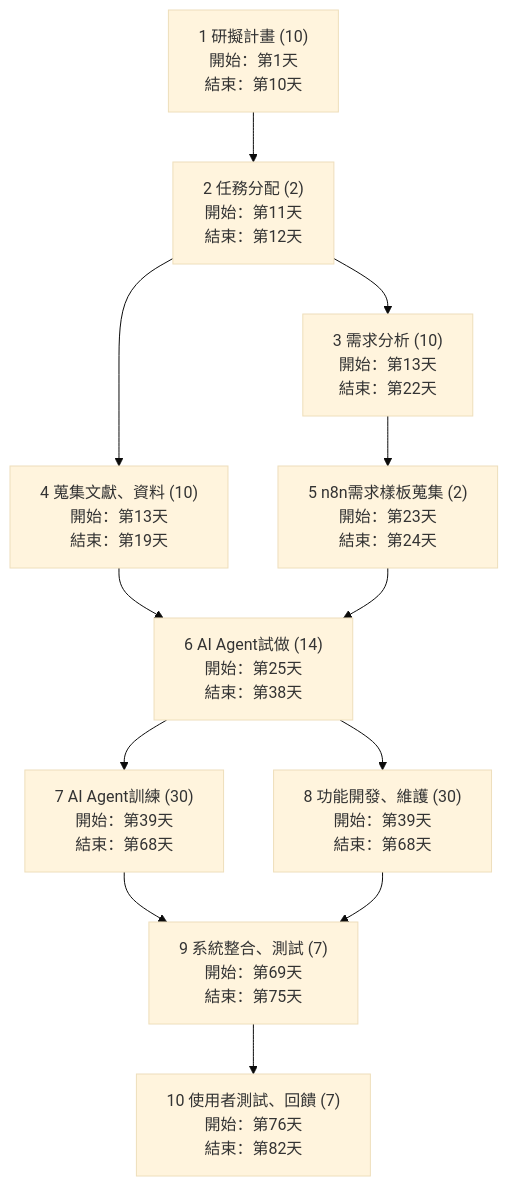
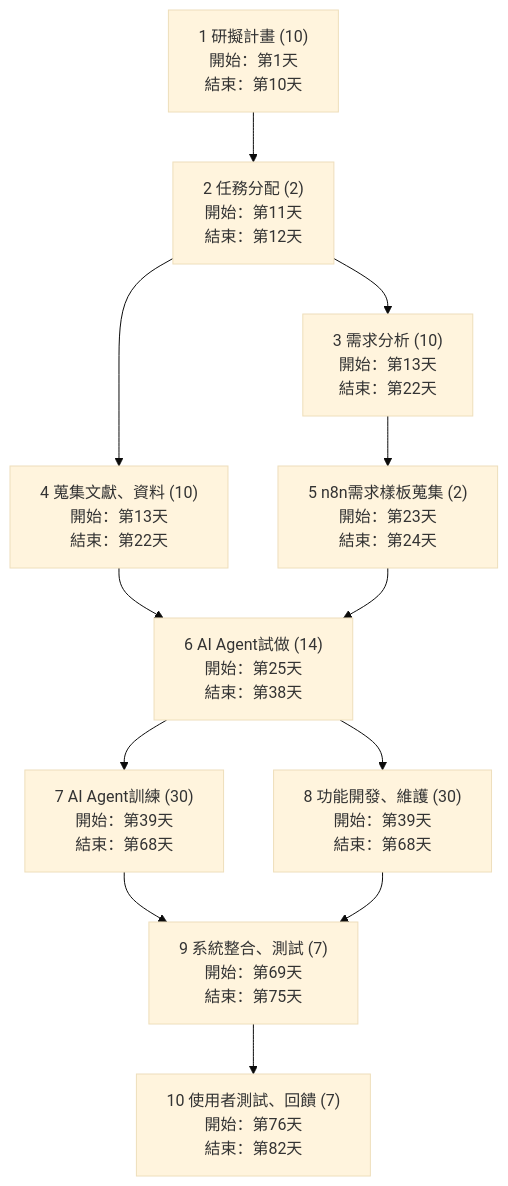
Before and after one commit to zombie942018/groupwork: the second of 2 diagrams in GHW_2.md, drawn with Mermaid (base theme).

````diff
--- a/GHW_2.md
+++ b/GHW_2.md
@@ -32,40 +32,40 @@
 ```mermaid
 graph TD
     T1["1 研擬計畫 (10)
       開始：第1天
       結束：第10天"] --> T2["2 任務分配 (2)
       開始：第11天
       結束：第12天"]
     T2 --> T3["3 需求分析 (10)
               開始：第13天
               結束：第22天"]
 
     T2 --> T4["4 蒐集文獻、資料 (10)
               開始：第13天
-              結束：第19天"]
+              結束：第22天"]
 
     T3 --> T5["5 n8n需求樣板蒐集 (2)
               開始：第23天
               結束：第24天"]
 
     T4 --> T6["6 AI Agent試做 (14)
               開始：第25天
               結束：第38天"]
     T5 --> T6
 
     T6 --> T7["7 AI Agent訓練 (30)
               開始：第39天
               結束：第68天"]
     T6 --> T8["8 功能開發、維護 (30)
               開始：第39天
               結束：第68天"]
 
     T7 --> T9["9 系統整合、測試 (7)
               開始：第69天
               結束：第75天"]
     T8 --> T9
 
     T9 --> T10["10 使用者測試、回饋 (7)
                 開始：第76天
                 結束：第82天"]
 ```
````
